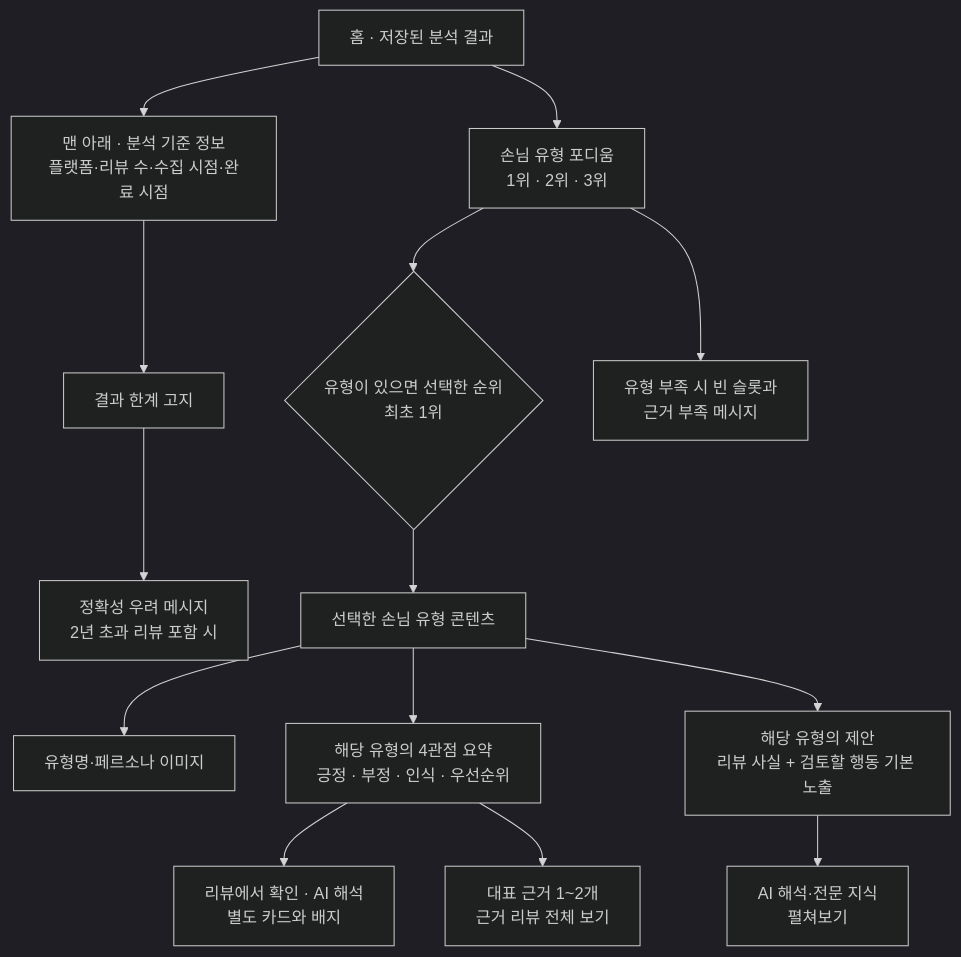
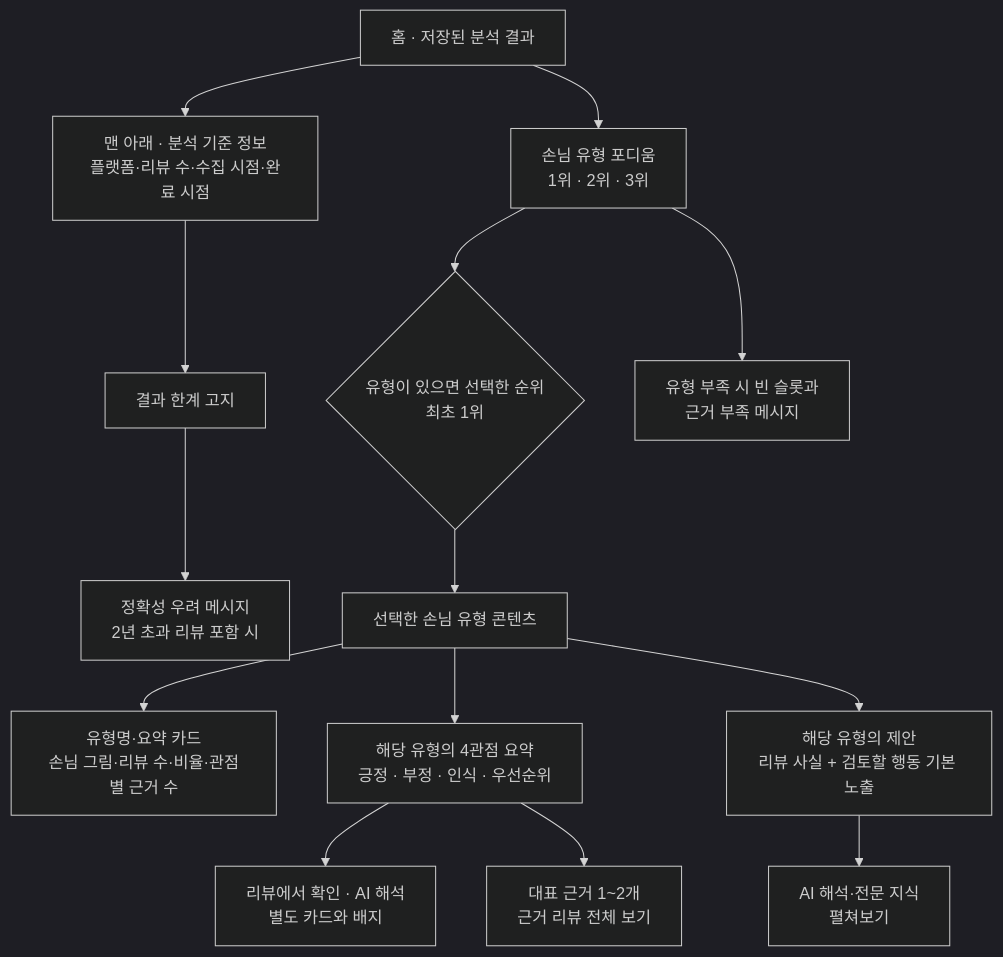
Before and after one commit to SKUnohtaekyung/PULSE_SCC: the second of 2 diagrams in docs/product/requirements/RESULT_IA.md, drawn with Mermaid (dark theme). The commit also changed other lines of this file and 12 other files, not shown here.

````diff
--- a/docs/product/requirements/RESULT_IA.md
+++ b/docs/product/requirements/RESULT_IA.md
@@ -68,16 +68,16 @@
 ```mermaid
 flowchart TD
     H[홈 · 저장된 분석 결과] --> P[손님 유형 포디움<br/>1위 · 2위 · 3위]
     H --> M[맨 아래 · 분석 기준 정보<br/>플랫폼·리뷰 수·수집 시점·완료 시점]
     M --> L[결과 한계 고지]
     L --> W[정확성 우려 메시지<br/>2년 초과 리뷰 포함 시]
     P --> T{유형이 있으면 선택한 순위<br/>최초 1위}
     P --> E[유형 부족 시 빈 슬롯과<br/>근거 부족 메시지]
     T --> C[선택한 손님 유형 콘텐츠]
-    C --> I[유형명·페르소나 이미지]
+    C --> I[유형명·요약 카드<br/>손님 그림·리뷰 수·비율·관점별 근거 수]
     C --> A[해당 유형의 4관점 요약<br/>긍정 · 부정 · 인식 · 우선순위]
     A --> F[리뷰에서 확인 · AI 해석<br/>별도 카드와 배지]
     A --> R[대표 근거 1~2개<br/>근거 리뷰 전체 보기]
     C --> G[해당 유형의 제안<br/>리뷰 사실 + 검토할 행동 기본 노출]
     G --> GX[AI 해석·전문 지식<br/>펼쳐보기]
 ```
````
